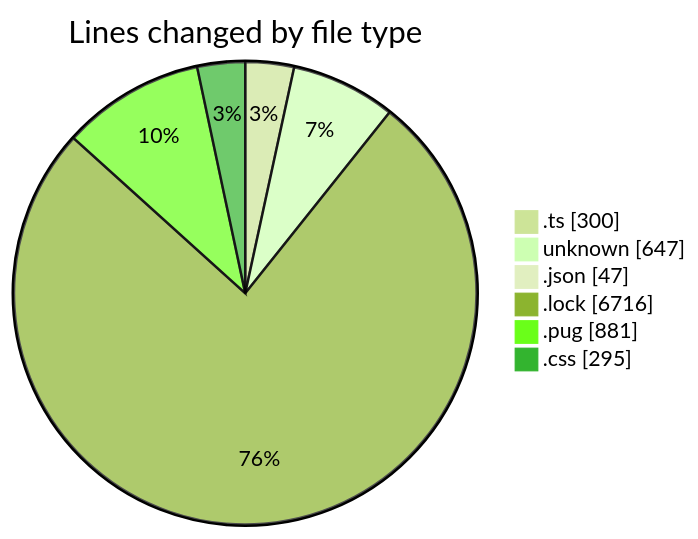
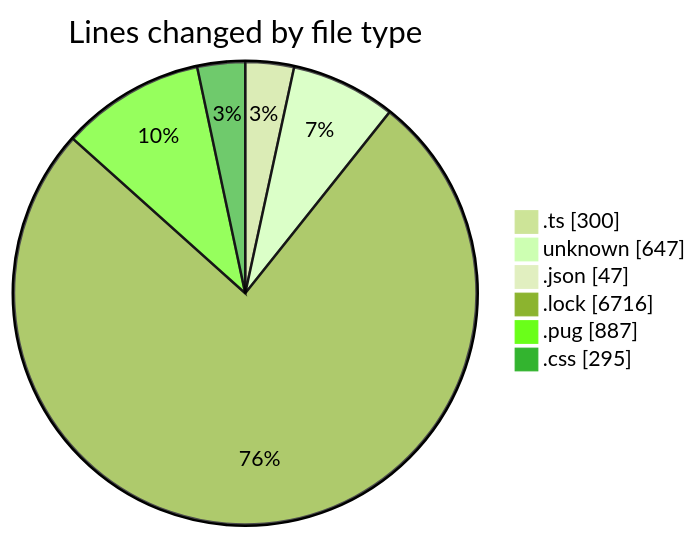
Before and after one commit to momahboobian/code-tracking: the first of 2 diagrams in 2026-05-22/cda/README.md, drawn with Mermaid (forest theme). The commit also changed other lines of this file and 1 other file, not shown here.

````diff
--- a/2026-05-22/cda/README.md
+++ b/2026-05-22/cda/README.md
@@ -30,10 +30,10 @@
 ```mermaid
 pie showData
 title Lines changed by file type
 ".ts" : 300
 "unknown" : 647
 ".json" : 47
 ".lock" : 6716
-".pug" : 881
+".pug" : 887
 ".css" : 295
 ```
````
